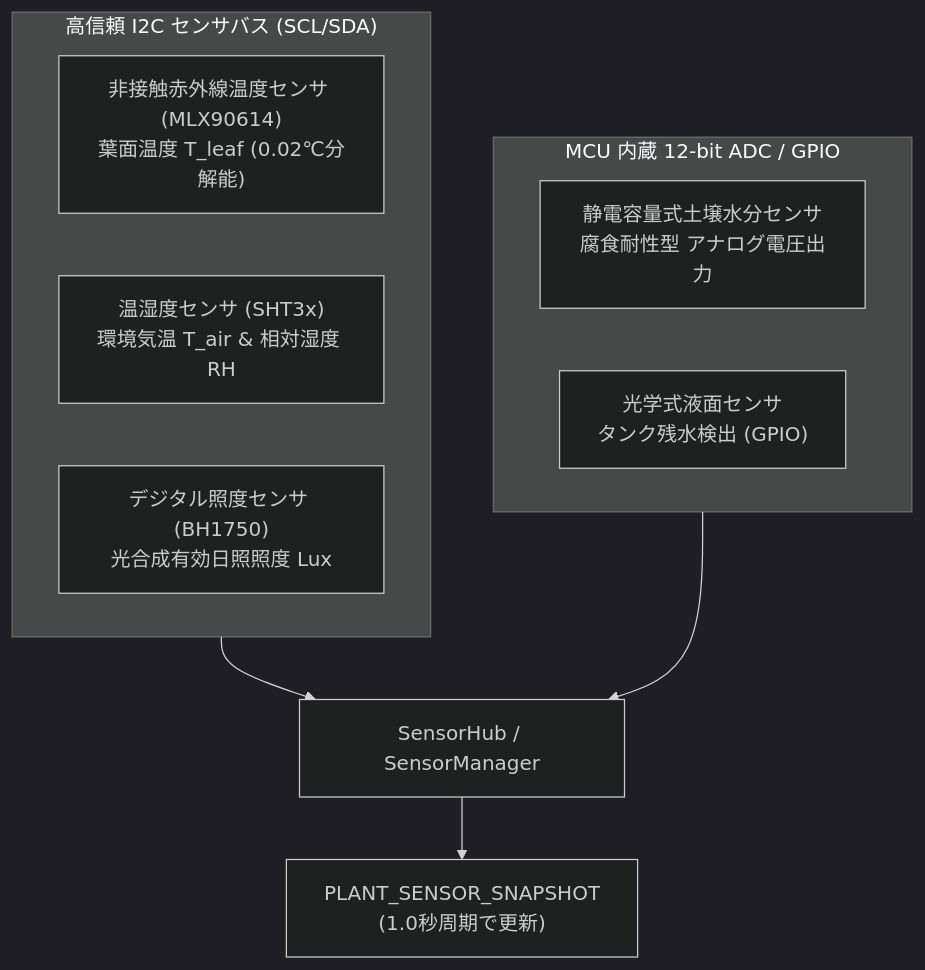
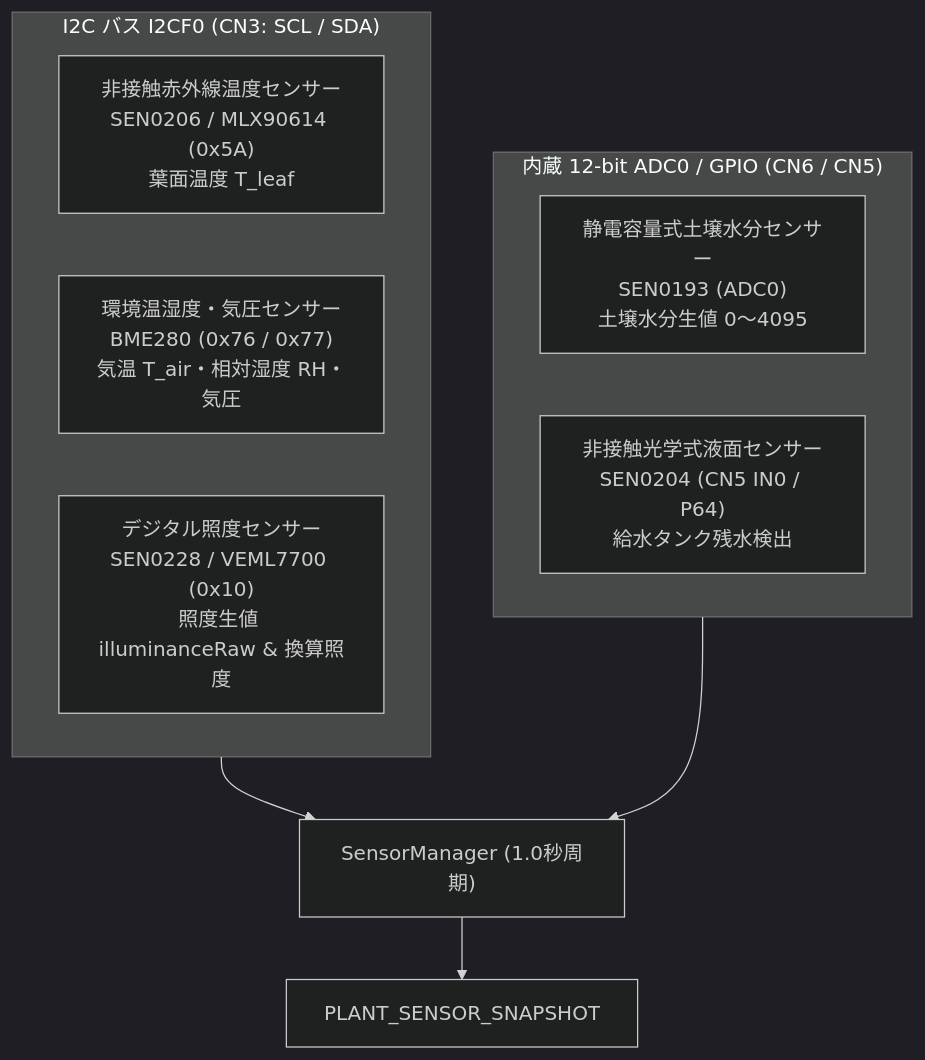
The second of 3 diagrams in docs/textbook/01_edge_ai_and_sensing.md (horned128/plant-doctor), drawn with Mermaid (dark theme) before and after one commit. The commit also changed other lines of this file and 28 other files, not shown here.

````diff
--- a/docs/textbook/01_edge_ai_and_sensing.md
+++ b/docs/textbook/01_edge_ai_and_sensing.md
@@ -55,17 +53,17 @@
 ```mermaid
 graph TD
-    subgraph I2C_BUS["高信頼 I2C センサバス (SCL/SDA)"]
-        S1["非接触赤外線温度センサ (MLX90614)<br/>葉面温度 T_leaf (0.02℃分解能)"]
-        S2["温湿度センサ (SHT3x)<br/>環境気温 T_air & 相対湿度 RH"]
-        S3["デジタル照度センサ (BH1750)<br/>光合成有効日照照度 Lux"]
+    subgraph I2C_BUS["I2C バス I2CF0 (CN3: SCL / SDA)"]
+        S1["非接触赤外線温度センサー<br/>SEN0206 / MLX90614 (0x5A)<br/>葉面温度 T_leaf"]
+        S2["環境温湿度・気圧センサー<br/>BME280 (0x76 / 0x77)<br/>気温 T_air・相対湿度 RH・気圧"]
+        S3["デジタル照度センサー<br/>SEN0228 / VEML7700 (0x10)<br/>照度生値 illuminanceRaw & 換算照度"]
     end
 
-    subgraph MCU_ADC["MCU 内蔵 12-bit ADC / GPIO"]
-        S4["静電容量式土壌水分センサ<br/>腐食耐性型 アナログ電圧出力"]
-        S5["光学式液面センサ<br/>タンク残水検出 (GPIO)"]
+    subgraph MCU_IO["内蔵 12-bit ADC0 / GPIO (CN6 / CN5)"]
+        S4["静電容量式土壌水分センサー<br/>SEN0193 (ADC0)<br/>土壌水分生値 0〜4095"]
+        S5["非接触光学式液面センサー<br/>SEN0204 (CN5 IN0 / P64)<br/>給水タンク残水検出"]
     end
 
-    I2C_BUS --> HUB["SensorHub / SensorManager"]
-    MCU_ADC --> HUB
-    HUB --> SNAPSHOT["PLANT_SENSOR_SNAPSHOT<br/>(1.0秒周期で更新)"]
+    I2C_BUS --> SM["SensorManager (1.0秒周期)"]
+    MCU_IO --> SM
+    SM --> SNAP["PLANT_SENSOR_SNAPSHOT"]
 ```
````
